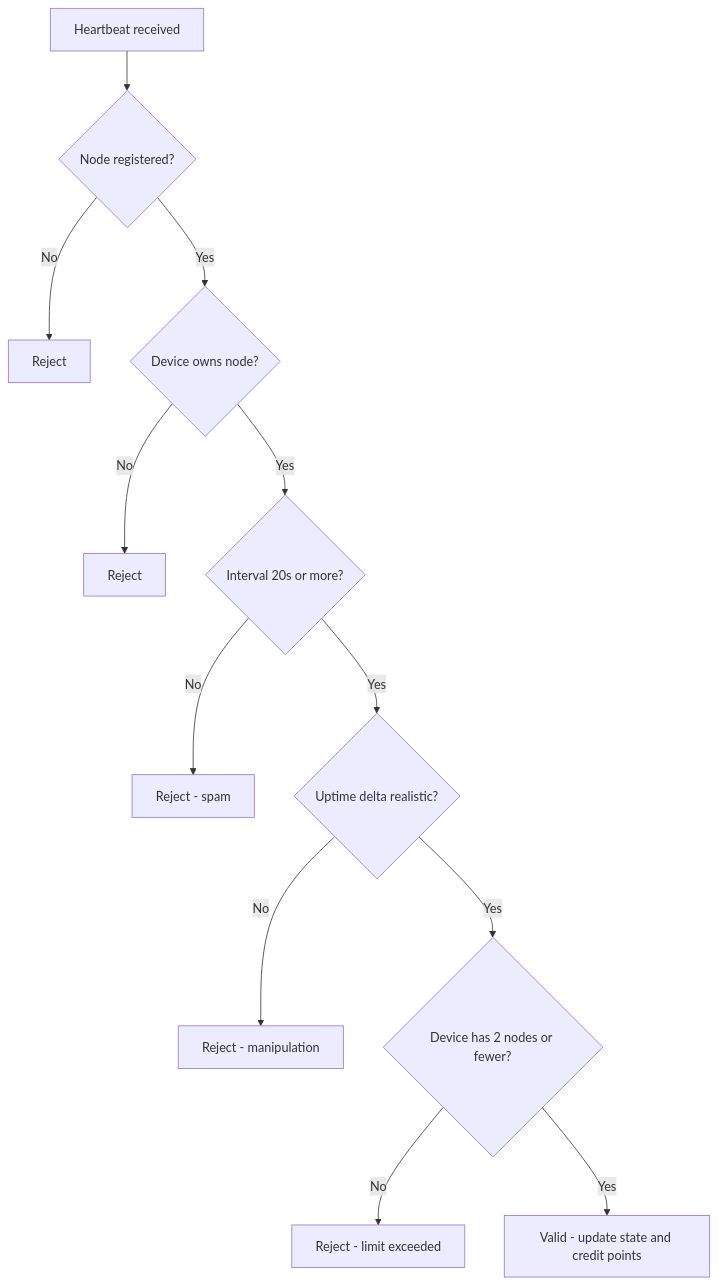
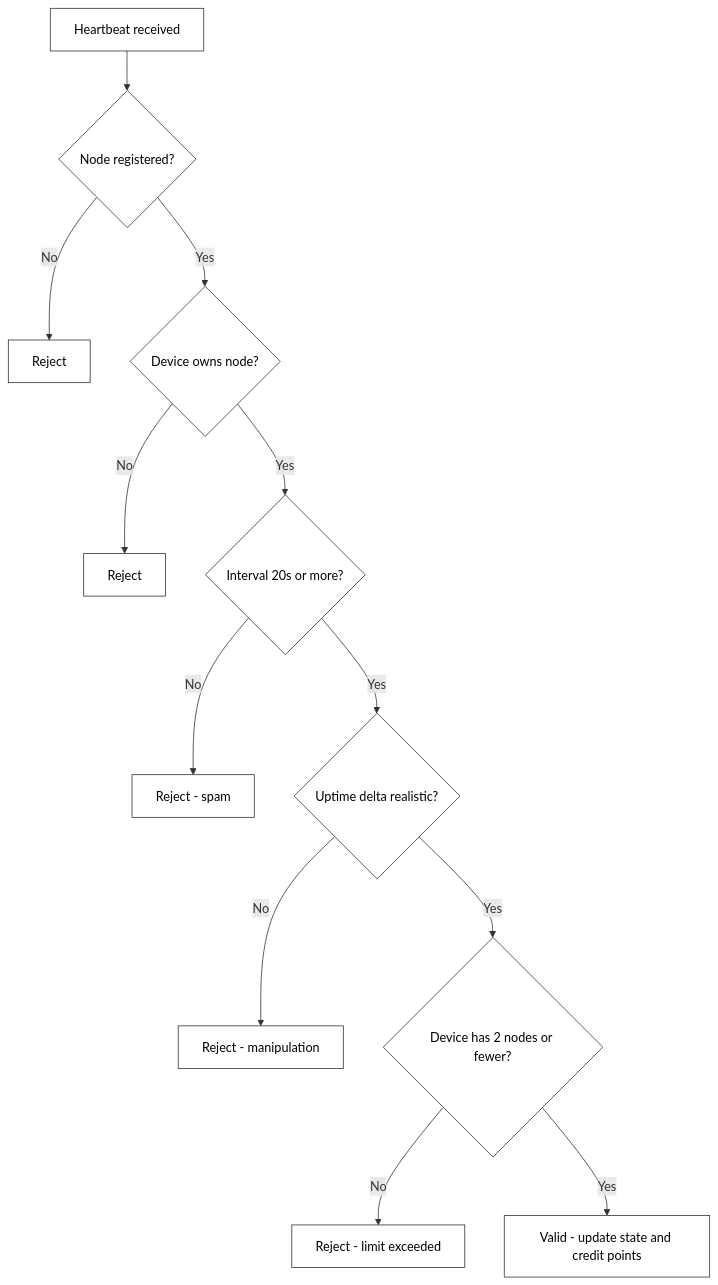
The third of 4 diagrams in node-behavior.md (Nexora-Node/Docs), drawn with Mermaid before and after one commit. The commit also changed other lines of this file and 5 other files, not shown here.

Commit message:
docs: set all diagram nodes to white fill with border only

````diff
--- a/node-behavior.md
+++ b/node-behavior.md
@@ -44,14 +63,27 @@
 ```mermaid
 flowchart TD
     A[Heartbeat received] --> B{Node registered?}
     B -->|No| B1[Reject]
     B -->|Yes| C{Device owns node?}
     C -->|No| C1[Reject]
     C -->|Yes| D{Interval 20s or more?}
     D -->|No| D1[Reject - spam]
     D -->|Yes| E{Uptime delta realistic?}
     E -->|No| E1[Reject - manipulation]
     E -->|Yes| F{Device has 2 nodes or fewer?}
     F -->|No| F1[Reject - limit exceeded]
     F -->|Yes| G[Valid - update state and credit points]
+
+    style A fill:#fff,stroke:#333,color:#000
+    style B fill:#fff,stroke:#333,color:#000
+    style B1 fill:#fff,stroke:#333,color:#000
+    style C fill:#fff,stroke:#333,color:#000
+    style C1 fill:#fff,stroke:#333,color:#000
+    style D fill:#fff,stroke:#333,color:#000
+    style D1 fill:#fff,stroke:#333,color:#000
+    style E fill:#fff,stroke:#333,color:#000
+    style E1 fill:#fff,stroke:#333,color:#000
+    style F fill:#fff,stroke:#333,color:#000
+    style F1 fill:#fff,stroke:#333,color:#000
+    style G fill:#fff,stroke:#333,color:#000
 ```
````
